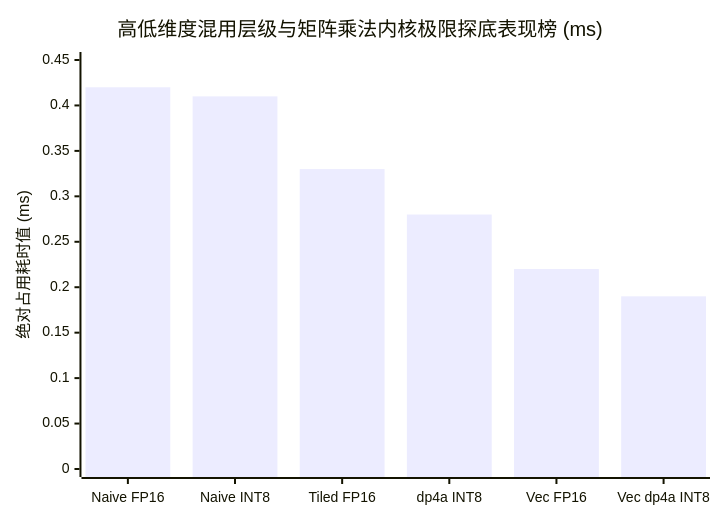
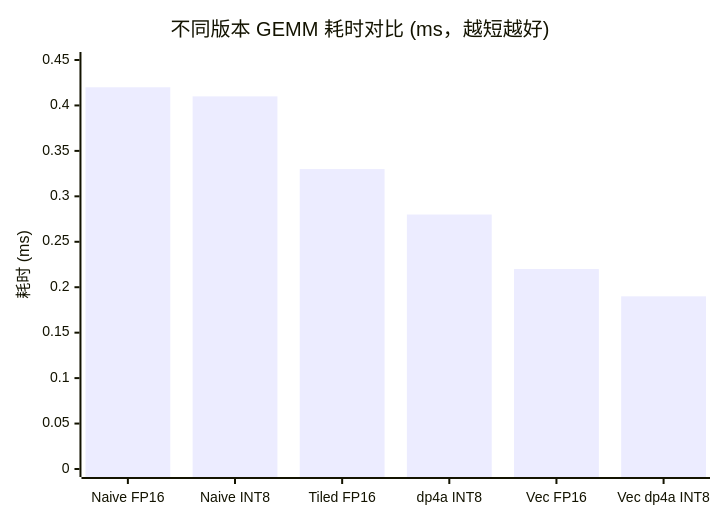
The second of 2 diagrams in Blogs/07_Quantization_FP16_INT8_dp4a.md (psmarter/CUDA-Practice), drawn with Mermaid before and after one commit. The commit also changed other lines of this file and 13 other files, not shown here.

````diff
--- a/Blogs/07_Quantization_FP16_INT8_dp4a.md
+++ b/Blogs/07_Quantization_FP16_INT8_dp4a.md
@@ -199,7 +206,7 @@
 ```mermaid
-xychart
-  title "高低维度混用层级与矩阵乘法内核极限探底表现榜 (ms)"
+xychart-beta
+  title "不同版本 GEMM 耗时对比 (ms，越短越好)"
   x-axis ["Naive FP16", "Naive INT8", "Tiled FP16", "dp4a INT8", "Vec FP16", "Vec dp4a INT8"]
-  y-axis "绝对占用耗时值 (ms)" 0 --> 0.45
+  y-axis "耗时 (ms)" 0 --> 0.45
   bar [0.42, 0.41, 0.33, 0.28, 0.22, 0.19]
 ```
````
